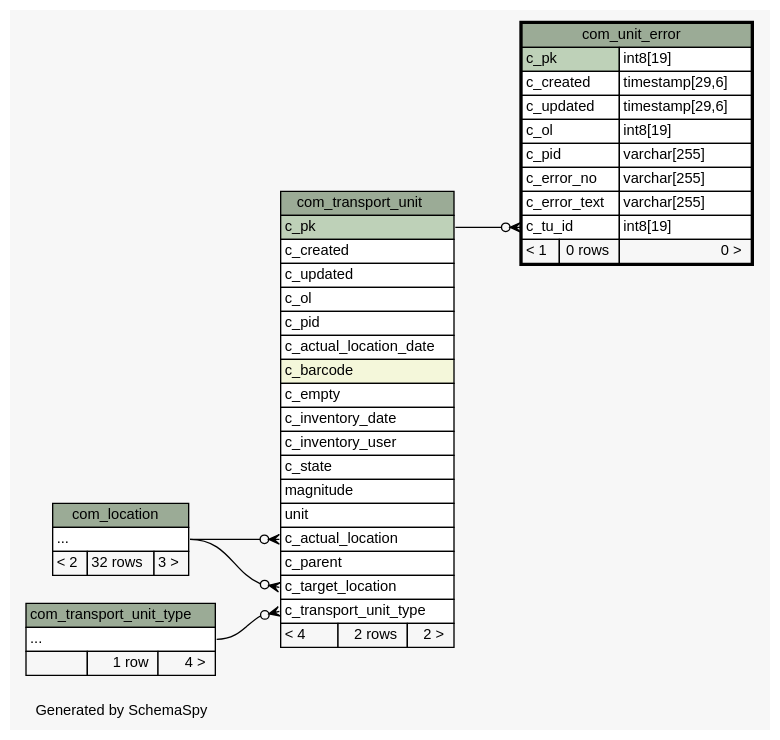
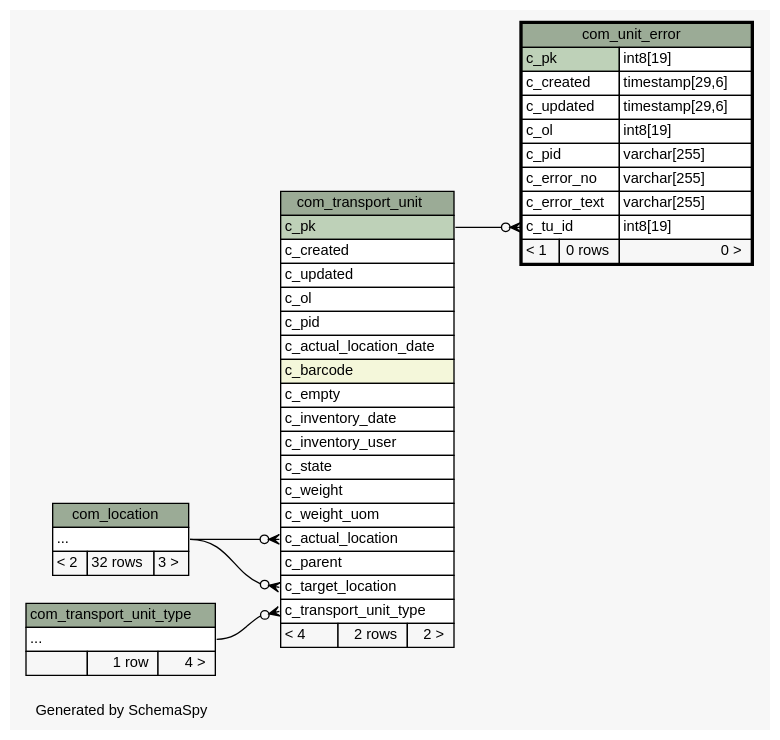
One commit to openwms/org.openwms.common.service.lib changed the diagram in schemaspy/diagrams/com_unit_error.2degrees.dot. Above: the diagram before and after it, drawn with Graphviz. The commit also changed 404 other files, not shown here.

```diff
--- a/schemaspy/diagrams/com_unit_error.2degrees.dot
+++ b/schemaspy/diagrams/com_unit_error.2degrees.dot
@@ -1,89 +1,89 @@
 // dot 2.36.0 on Linux 4.4.0-101-generic
 // SchemaSpy rev Unknown
 digraph "twoDegreesRelationshipsDiagram" {
   graph [
     rankdir="RL"
     bgcolor="#f7f7f7"
     label="\nGenerated by SchemaSpy"
     labeljust="l"
     nodesep="0.18"
     ranksep="0.46"
     fontname="Helvetica"
     fontsize="11"
   ];
   node [
     fontname="Helvetica"
     fontsize="11"
     shape="plaintext"
   ];
   edge [
     arrowsize="0.8"
   ];
   "com_transport_unit":"c_actual_location":w -> "com_location":"elipses":e [arrowhead=none dir=back arrowtail=crowodot];
   "com_transport_unit":"c_target_location":w -> "com_location":"elipses":e [arrowhead=none dir=back arrowtail=crowodot];
   "com_transport_unit":"c_transport_unit_type":w -> "com_transport_unit_type":"elipses":e [arrowhead=none dir=back arrowtail=crowodot];
   "com_unit_error":"c_tu_id":w -> "com_transport_unit":"c_pk":e [arrowhead=none dir=back arrowtail=crowodot];
   "com_location" [
     label=<
     <TABLE BORDER="0" CELLBORDER="1" CELLSPACING="0" BGCOLOR="#ffffff">
       <TR><TD COLSPAN="3" BGCOLOR="#9bab96" ALIGN="CENTER">com_location</TD></TR>
       <TR><TD PORT="elipses" COLSPAN="3" ALIGN="LEFT">...</TD></TR>
       <TR><TD ALIGN="LEFT" BGCOLOR="#f7f7f7">&lt; 2</TD><TD ALIGN="RIGHT" BGCOLOR="#f7f7f7">32 rows</TD><TD ALIGN="RIGHT" BGCOLOR="#f7f7f7">3 &gt;</TD></TR>
     </TABLE>>
     URL="com_location.html"
     tooltip="com_location"
   ];
   "com_transport_unit" [
     label=<
     <TABLE BORDER="0" CELLBORDER="1" CELLSPACING="0" BGCOLOR="#ffffff">
       <TR><TD COLSPAN="3" BGCOLOR="#9bab96" ALIGN="CENTER">com_transport_unit</TD></TR>
       <TR><TD PORT="c_pk" COLSPAN="3" BGCOLOR="#bed1b8" ALIGN="LEFT">c_pk</TD></TR>
       <TR><TD PORT="c_created" COLSPAN="3" ALIGN="LEFT">c_created</TD></TR>
       <TR><TD PORT="c_updated" COLSPAN="3" ALIGN="LEFT">c_updated</TD></TR>
       <TR><TD PORT="c_ol" COLSPAN="3" ALIGN="LEFT">c_ol</TD></TR>
       <TR><TD PORT="c_pid" COLSPAN="3" ALIGN="LEFT">c_pid</TD></TR>
       <TR><TD PORT="c_actual_location_date" COLSPAN="3" ALIGN="LEFT">c_actual_location_date</TD></TR>
       <TR><TD PORT="c_barcode" COLSPAN="3" BGCOLOR="#f4f7da" ALIGN="LEFT">c_barcode</TD></TR>
       <TR><TD PORT="c_empty" COLSPAN="3" ALIGN="LEFT">c_empty</TD></TR>
       <TR><TD PORT="c_inventory_date" COLSPAN="3" ALIGN="LEFT">c_inventory_date</TD></TR>
       <TR><TD PORT="c_inventory_user" COLSPAN="3" ALIGN="LEFT">c_inventory_user</TD></TR>
       <TR><TD PORT="c_state" COLSPAN="3" ALIGN="LEFT">c_state</TD></TR>
-      <TR><TD PORT="magnitude" COLSPAN="3" ALIGN="LEFT">magnitude</TD></TR>
-      <TR><TD PORT="unit" COLSPAN="3" ALIGN="LEFT">unit</TD></TR>
+      <TR><TD PORT="c_weight" COLSPAN="3" ALIGN="LEFT">c_weight</TD></TR>
+      <TR><TD PORT="c_weight_uom" COLSPAN="3" ALIGN="LEFT">c_weight_uom</TD></TR>
       <TR><TD PORT="c_actual_location" COLSPAN="3" ALIGN="LEFT">c_actual_location</TD></TR>
       <TR><TD PORT="c_parent" COLSPAN="3" ALIGN="LEFT">c_parent</TD></TR>
       <TR><TD PORT="c_target_location" COLSPAN="3" ALIGN="LEFT">c_target_location</TD></TR>
       <TR><TD PORT="c_transport_unit_type" COLSPAN="3" ALIGN="LEFT">c_transport_unit_type</TD></TR>
       <TR><TD ALIGN="LEFT" BGCOLOR="#f7f7f7">&lt; 4</TD><TD ALIGN="RIGHT" BGCOLOR="#f7f7f7">2 rows</TD><TD ALIGN="RIGHT" BGCOLOR="#f7f7f7">2 &gt;</TD></TR>
     </TABLE>>
     URL="com_transport_unit.html"
     tooltip="com_transport_unit"
   ];
   "com_transport_unit_type" [
     label=<
     <TABLE BORDER="0" CELLBORDER="1" CELLSPACING="0" BGCOLOR="#ffffff">
       <TR><TD COLSPAN="3" BGCOLOR="#9bab96" ALIGN="CENTER">com_transport_unit_type</TD></TR>
       <TR><TD PORT="elipses" COLSPAN="3" ALIGN="LEFT">...</TD></TR>
       <TR><TD ALIGN="LEFT" BGCOLOR="#f7f7f7">  </TD><TD ALIGN="RIGHT" BGCOLOR="#f7f7f7">1 row</TD><TD ALIGN="RIGHT" BGCOLOR="#f7f7f7">4 &gt;</TD></TR>
     </TABLE>>
     URL="com_transport_unit_type.html"
     tooltip="com_transport_unit_type"
   ];
   "com_unit_error" [
     label=<
     <TABLE BORDER="2" CELLBORDER="1" CELLSPACING="0" BGCOLOR="#ffffff">
       <TR><TD COLSPAN="3" BGCOLOR="#9bab96" ALIGN="CENTER">com_unit_error</TD></TR>
       <TR><TD PORT="c_pk" COLSPAN="2" BGCOLOR="#bed1b8" ALIGN="LEFT">c_pk</TD><TD PORT="c_pk.type" ALIGN="LEFT">int8[19]</TD></TR>
       <TR><TD PORT="c_created" COLSPAN="2" ALIGN="LEFT">c_created</TD><TD PORT="c_created.type" ALIGN="LEFT">timestamp[29,6]</TD></TR>
       <TR><TD PORT="c_updated" COLSPAN="2" ALIGN="LEFT">c_updated</TD><TD PORT="c_updated.type" ALIGN="LEFT">timestamp[29,6]</TD></TR>
       <TR><TD PORT="c_ol" COLSPAN="2" ALIGN="LEFT">c_ol</TD><TD PORT="c_ol.type" ALIGN="LEFT">int8[19]</TD></TR>
       <TR><TD PORT="c_pid" COLSPAN="2" ALIGN="LEFT">c_pid</TD><TD PORT="c_pid.type" ALIGN="LEFT">varchar[255]</TD></TR>
       <TR><TD PORT="c_error_no" COLSPAN="2" ALIGN="LEFT">c_error_no</TD><TD PORT="c_error_no.type" ALIGN="LEFT">varchar[255]</TD></TR>
       <TR><TD PORT="c_error_text" COLSPAN="2" ALIGN="LEFT">c_error_text</TD><TD PORT="c_error_text.type" ALIGN="LEFT">varchar[255]</TD></TR>
       <TR><TD PORT="c_tu_id" COLSPAN="2" ALIGN="LEFT">c_tu_id</TD><TD PORT="c_tu_id.type" ALIGN="LEFT">int8[19]</TD></TR>
       <TR><TD ALIGN="LEFT" BGCOLOR="#f7f7f7">&lt; 1</TD><TD ALIGN="RIGHT" BGCOLOR="#f7f7f7">0 rows</TD><TD ALIGN="RIGHT" BGCOLOR="#f7f7f7">0 &gt;</TD></TR>
     </TABLE>>
     URL="com_unit_error.html"
     tooltip="com_unit_error"
   ];
 }
```
